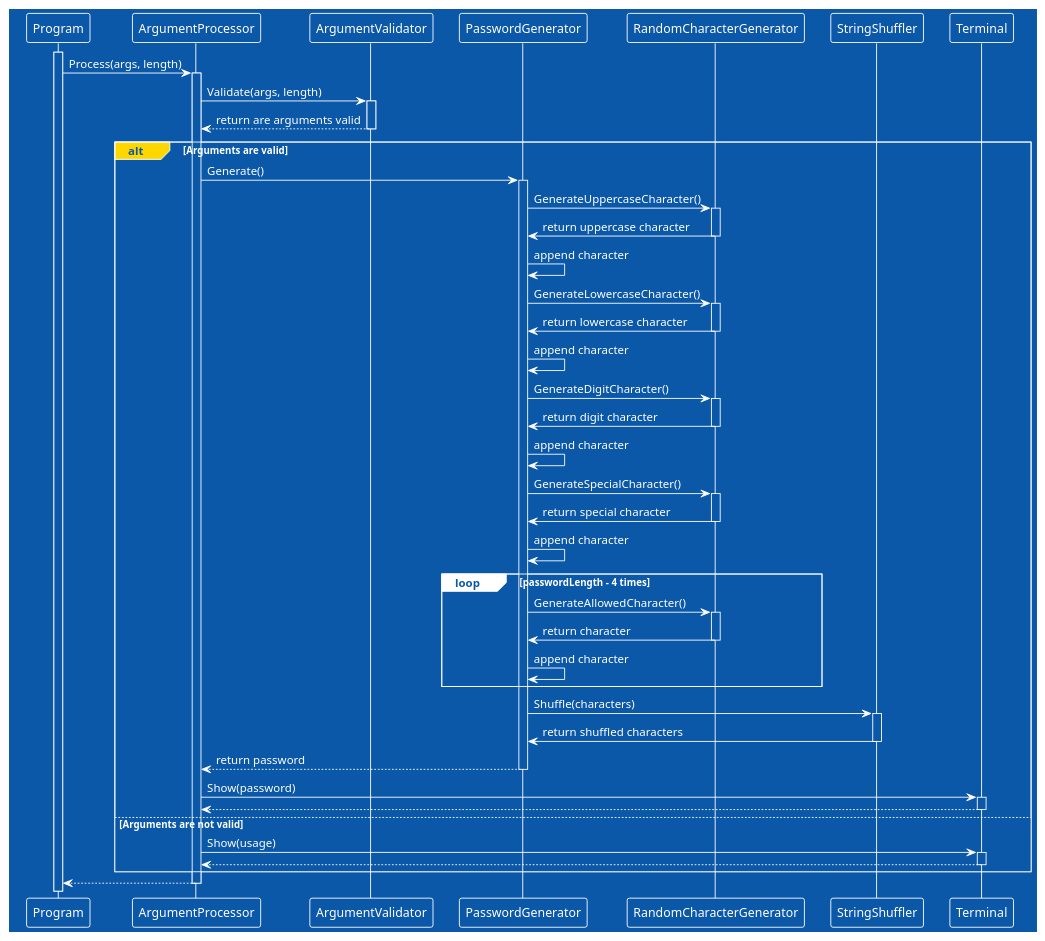
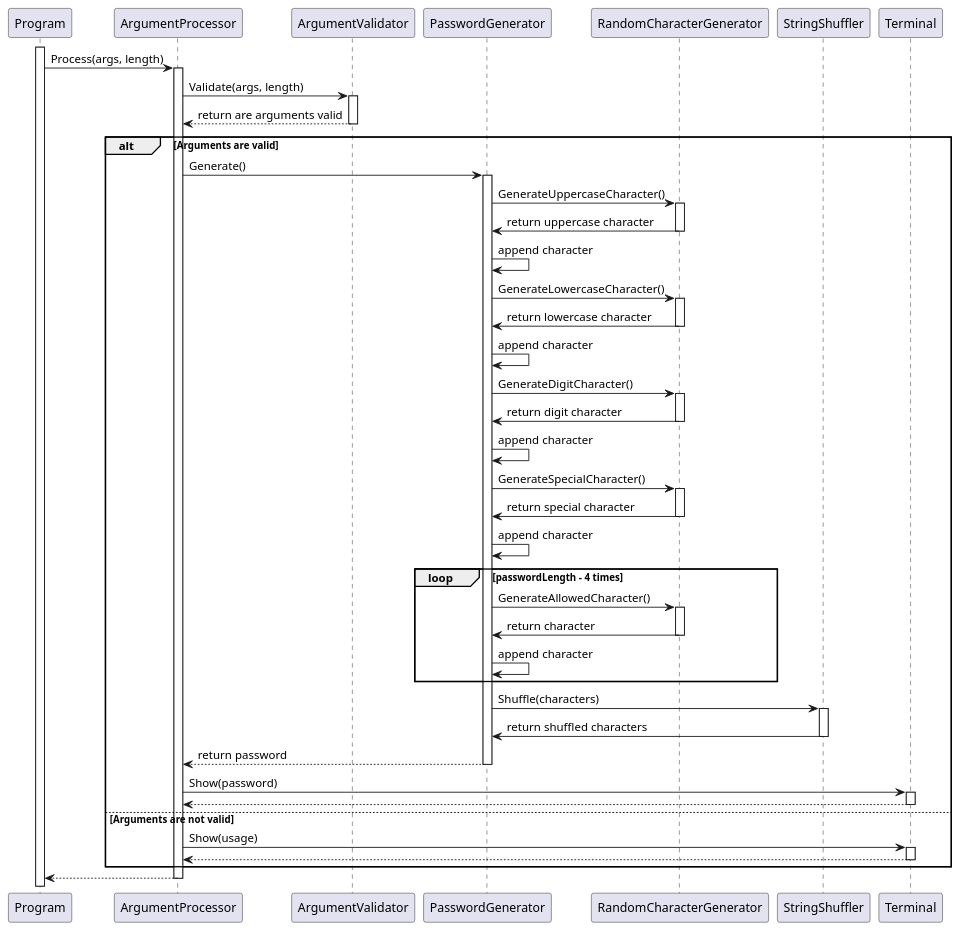
One commit to djvelimir/demo-cpp-cli changed the diagram in diagrams/Sequence.puml. Above: the diagram before and after it, drawn with PlantUML. The commit also changed 6 other files, not shown here.

```diff
--- a/diagrams/Sequence.puml
+++ b/diagrams/Sequence.puml
@@ -1,85 +1,84 @@
 @startuml Sequence
-!theme amiga
 participant Program as program
 participant ArgumentProcessor as argumentProcessor
 participant ArgumentValidator as argumentValidator
 participant PasswordGenerator as passwordGenerator
 participant RandomCharacterGenerator as randomCharacterGenerator
 participant StringShuffler as stringShuffler
 participant Terminal as terminal
 
 activate program
 
 program -> argumentProcessor: Process(args, length)
 activate argumentProcessor
 
 argumentProcessor -> argumentValidator: Validate(args, length)
 activate argumentValidator
 argumentProcessor <-- argumentValidator: return are arguments valid
 deactivate argumentValidator
 
-alt#Gold Arguments are valid
+alt Arguments are valid
     argumentProcessor -> passwordGenerator: Generate()
     activate passwordGenerator
 
     passwordGenerator -> randomCharacterGenerator: GenerateUppercaseCharacter()
     activate randomCharacterGenerator
 
     randomCharacterGenerator -> passwordGenerator: return uppercase character
     deactivate randomCharacterGenerator
     passwordGenerator -> passwordGenerator: append character
 
     passwordGenerator -> randomCharacterGenerator: GenerateLowercaseCharacter()
     activate randomCharacterGenerator
 
     randomCharacterGenerator -> passwordGenerator: return lowercase character
     deactivate randomCharacterGenerator
     passwordGenerator -> passwordGenerator: append character
 
     passwordGenerator -> randomCharacterGenerator: GenerateDigitCharacter()
     activate randomCharacterGenerator
 
     randomCharacterGenerator -> passwordGenerator: return digit character
     deactivate randomCharacterGenerator
     passwordGenerator -> passwordGenerator: append character
 
     passwordGenerator -> randomCharacterGenerator: GenerateSpecialCharacter()
     activate randomCharacterGenerator
 
     randomCharacterGenerator -> passwordGenerator: return special character
     deactivate randomCharacterGenerator
     passwordGenerator -> passwordGenerator: append character
 
     loop passwordLength - 4 times
         passwordGenerator -> randomCharacterGenerator: GenerateAllowedCharacter()
         activate randomCharacterGenerator
 
         randomCharacterGenerator -> passwordGenerator: return character
         deactivate randomCharacterGenerator
         passwordGenerator -> passwordGenerator: append character
     end
 
     passwordGenerator -> stringShuffler: Shuffle(characters)
     activate stringShuffler
 
     stringShuffler -> passwordGenerator: return shuffled characters
     deactivate stringShuffler
 
     argumentProcessor <-- passwordGenerator: return password
     deactivate passwordGenerator
 
     argumentProcessor -> terminal: Show(password)
     activate terminal
     argumentProcessor <-- terminal
     deactivate terminal
 
 else Arguments are not valid
     argumentProcessor -> terminal: Show(usage)
     activate terminal
     argumentProcessor <-- terminal
     deactivate terminal
 end
 
 program <-- argumentProcessor
 deactivate argumentProcessor
 @enduml
```
